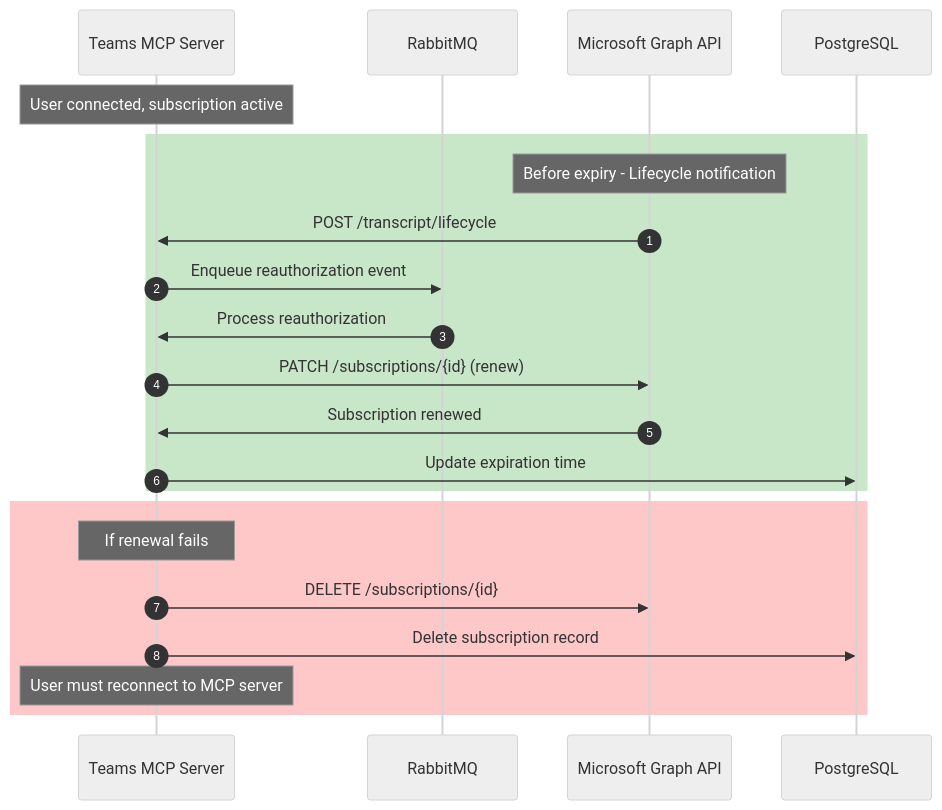
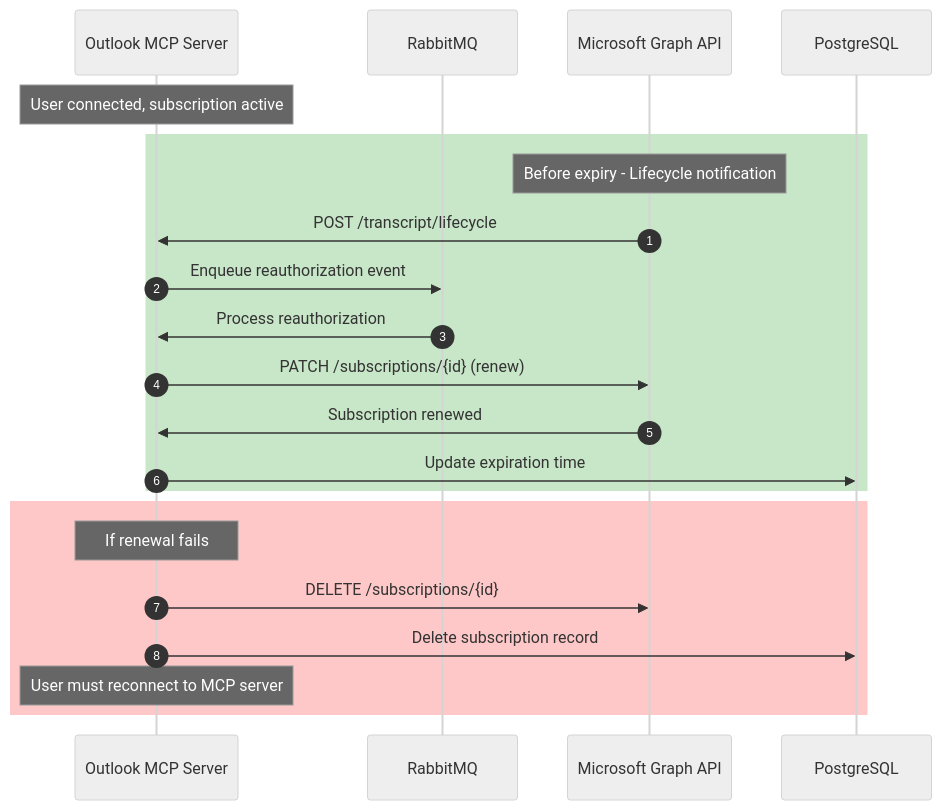
One commit to Unique-AG/connectors changed the sixth of 8 diagrams in services/outlook-fat-mcp/docs/technical/flows.md. Above: the diagram before and after it, drawn with Mermaid. The commit also changed other lines of this file and 34 other files, not shown here.

````diff
--- a/services/outlook-fat-mcp/docs/technical/flows.md
+++ b/services/outlook-fat-mcp/docs/technical/flows.md
@@ -181,28 +181,28 @@
 ```mermaid
 %%{init: {'theme': 'neutral', 'themeVariables': { 'fontSize': '14px' }}}%%
 sequenceDiagram
     autonumber
-    participant TeamsMCP as Teams MCP Server
+    participant TeamsMCP as Outlook MCP Server
     participant RabbitMQ
     participant MSGraph as Microsoft Graph API
     participant DB as PostgreSQL
 
     Note over TeamsMCP: User connected, subscription active
 
     rect rgb(200, 230, 200)
         Note over MSGraph: Before expiry - Lifecycle notification
         MSGraph->>TeamsMCP: POST /transcript/lifecycle
         TeamsMCP->>RabbitMQ: Enqueue reauthorization event
         RabbitMQ->>TeamsMCP: Process reauthorization
         TeamsMCP->>MSGraph: PATCH /subscriptions/{id} (renew)
         MSGraph->>TeamsMCP: Subscription renewed
         TeamsMCP->>DB: Update expiration time
     end
 
     rect rgb(255, 200, 200)
         Note over TeamsMCP: If renewal fails
         TeamsMCP->>MSGraph: DELETE /subscriptions/{id}
         TeamsMCP->>DB: Delete subscription record
         Note over TeamsMCP: User must reconnect to MCP server
     end
 ```
````
